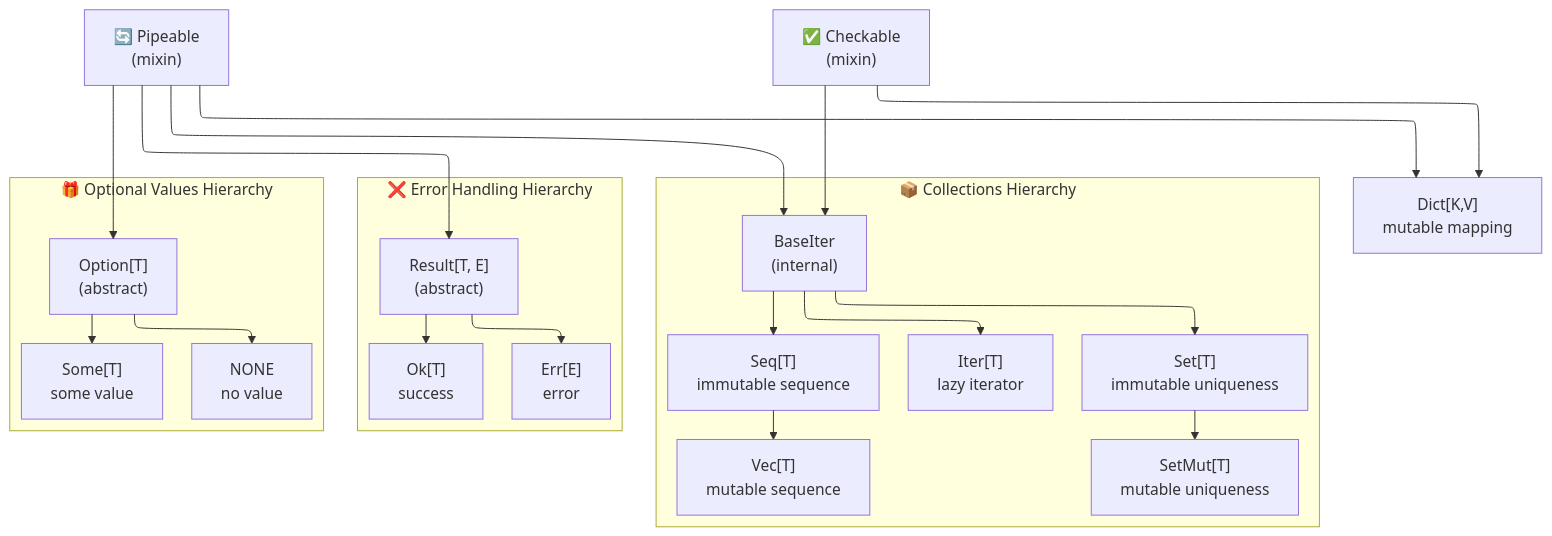
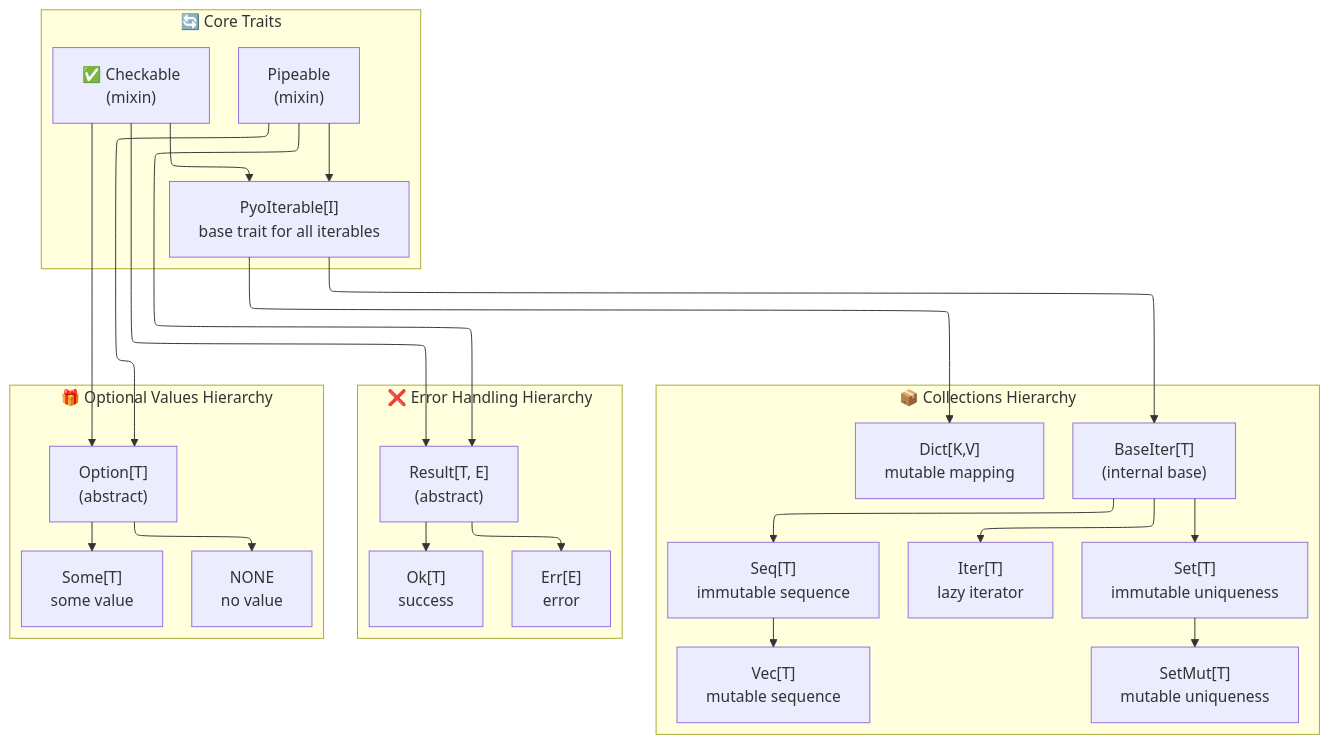
One commit to OutSquareCapital/pyochain changed the diagram in docs/core-types-overview.md. Above: the diagram before and after it, drawn with Mermaid. The commit also changed other lines of this file and 1 other file, not shown here.

````diff
--- a/docs/core-types-overview.md
+++ b/docs/core-types-overview.md
@@ -37,32 +43,39 @@
 ```mermaid
 ---
 config:
   layout: elk
 ---
 flowchart TB
+ subgraph Traits["🔄 Core Traits"]
+        Pipeable["Pipeable<br>(mixin)"]
+        Checkable["✅ Checkable<br>(mixin)"]
+        PyoIterable["PyoIterable[I]<br>base trait for all iterables"]
+  end
  subgraph Collections["📦 Collections Hierarchy"]
-        BaseIter["BaseIter<br>(internal)"]
+        BaseIter["BaseIter[T]<br>(internal base)"]
         Iter["Iter[T]<br>lazy iterator"]
         Seq["Seq[T]<br>immutable sequence"]
         Vec["Vec[T]<br>mutable sequence"]
         Set["Set[T]<br>immutable uniqueness"]
         SetMut["SetMut[T]<br>mutable uniqueness"]
+        Dict["Dict[K,V]<br>mutable mapping"]
   end
  subgraph ErrorHandling["❌ Error Handling Hierarchy"]
         Result["Result[T, E]<br>(abstract)"]
         Ok["Ok[T]<br>success"]
         Err["Err[E]<br>error"]
   end
  subgraph Optional["🎁 Optional Values Hierarchy"]
         Option["Option[T]<br>(abstract)"]
         Some["Some[T]<br>some value"]
         NONE["NONE<br>no value"]
   end
+    Pipeable & Checkable --> PyoIterable
+    PyoIterable --> BaseIter & Dict
     BaseIter --> Iter & Seq & Set
     Seq --> Vec
     Set --> SetMut
+    Pipeable & Checkable --> Result & Option
     Result --> Ok & Err
     Option --> Some & NONE
-    Pipeable["🔄 Pipeable<br>(mixin)"] --> BaseIter & Dict["Dict[K,V]<br>mutable mapping"] & Result & Option
-    Checkable["✅ Checkable<br>(mixin)"] --> BaseIter & Dict
 ```
````
